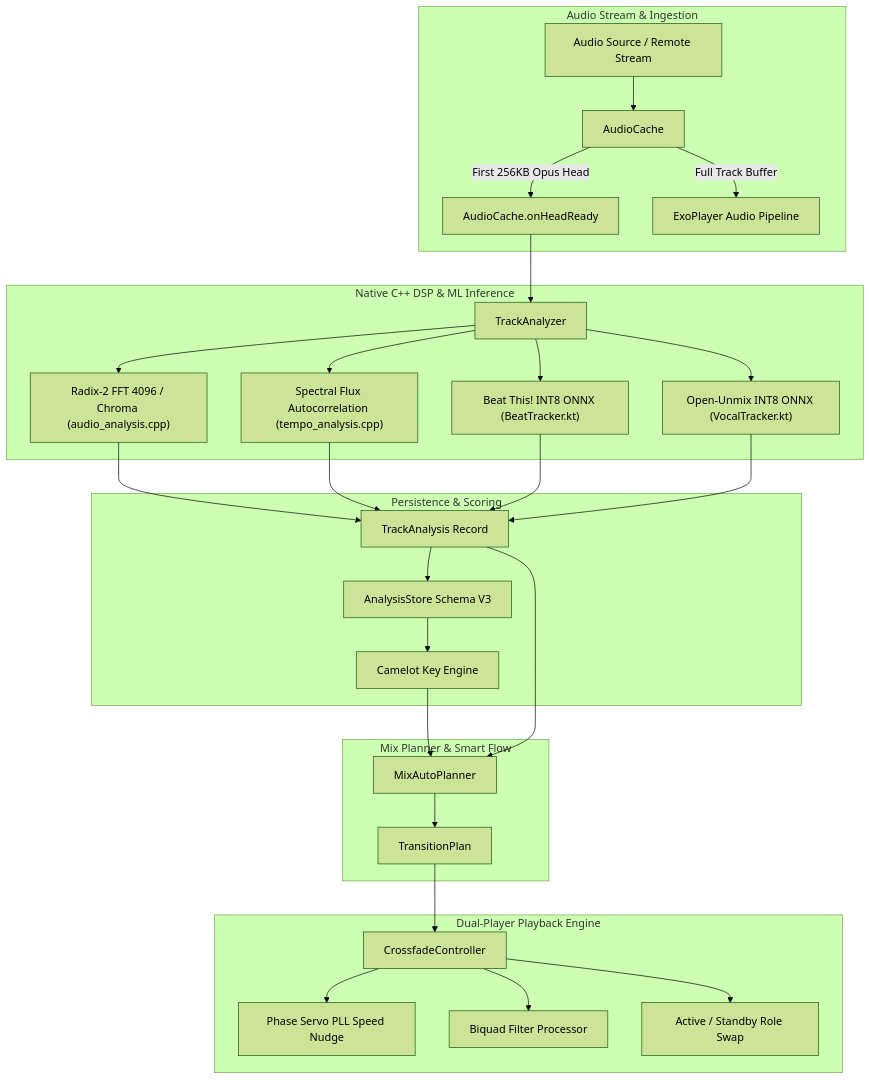
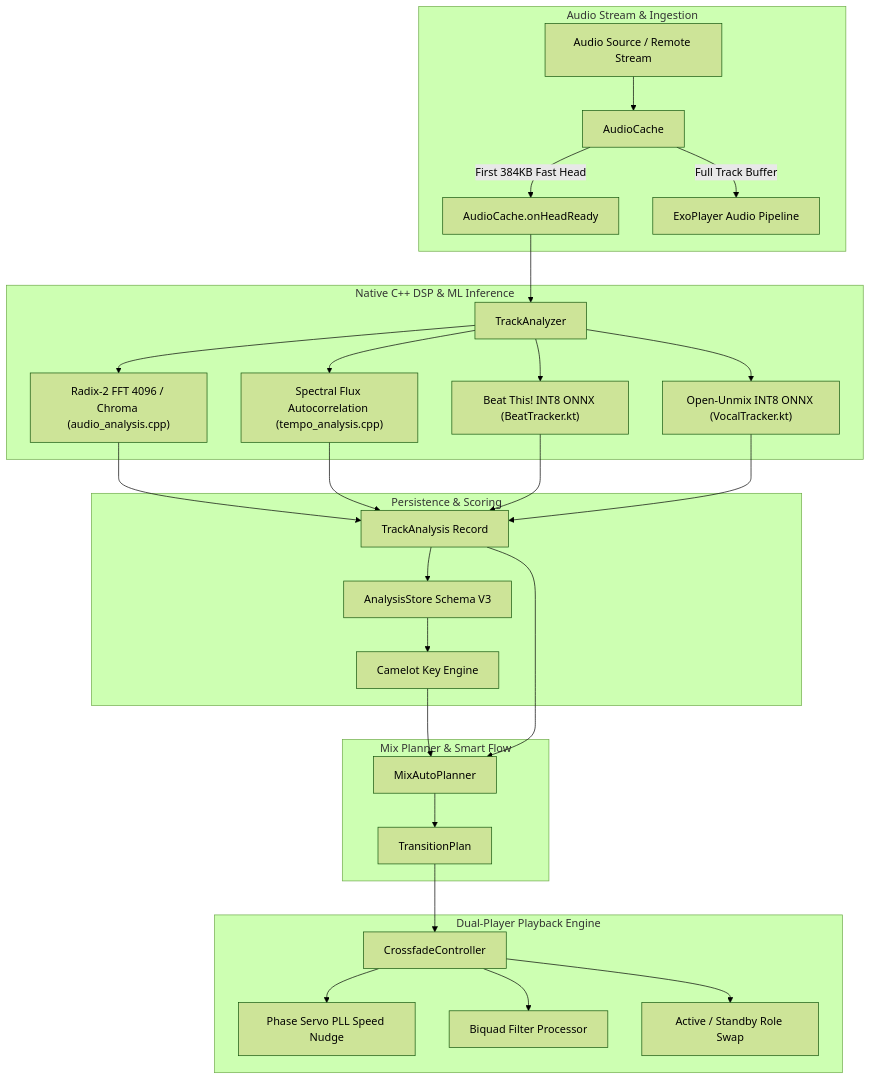
One commit to Fortunehack45/Vibra_Music changed the first of 2 diagrams in docs/MIX_ARCHITECTURE.md. Above: the diagram before and after it, drawn with Mermaid (forest theme). The commit also changed other lines of this file and 6 other files, not shown here.

````diff
--- a/docs/MIX_ARCHITECTURE.md
+++ b/docs/MIX_ARCHITECTURE.md
@@ -7,34 +7,34 @@
 ```mermaid
 flowchart TD
     subgraph Ingestion["Audio Stream & Ingestion"]
         A[Audio Source / Remote Stream] --> B[AudioCache]
-        B -->|First 256KB Opus Head| C[AudioCache.onHeadReady]
+        B -->|First 384KB Fast Head| C[AudioCache.onHeadReady]
         B -->|Full Track Buffer| D[ExoPlayer Audio Pipeline]
     end
 
     subgraph NativeDSP["Native C++ DSP & ML Inference"]
         C --> E[TrackAnalyzer]
         E --> F["Radix-2 FFT 4096 / Chroma (audio_analysis.cpp)"]
         E --> G["Spectral Flux Autocorrelation (tempo_analysis.cpp)"]
         E --> H["Beat This! INT8 ONNX (BeatTracker.kt)"]
         E --> I["Open-Unmix INT8 ONNX (VocalTracker.kt)"]
     end
 
     subgraph Storage["Persistence & Scoring"]
         F & G & H & I --> J[TrackAnalysis Record]
         J --> K[AnalysisStore Schema V3]
         K --> L[Camelot Key Engine]
     end
 
     subgraph Planning["Mix Planner & Smart Flow"]
         L & J --> M[MixAutoPlanner]
         M --> N[TransitionPlan]
     end
 
     subgraph Execution["Dual-Player Playback Engine"]
         N --> O[CrossfadeController]
         O --> P[Phase Servo PLL Speed Nudge]
         O --> Q[Biquad Filter Processor]
         O --> R[Active / Standby Role Swap]
     end
 ```
````
